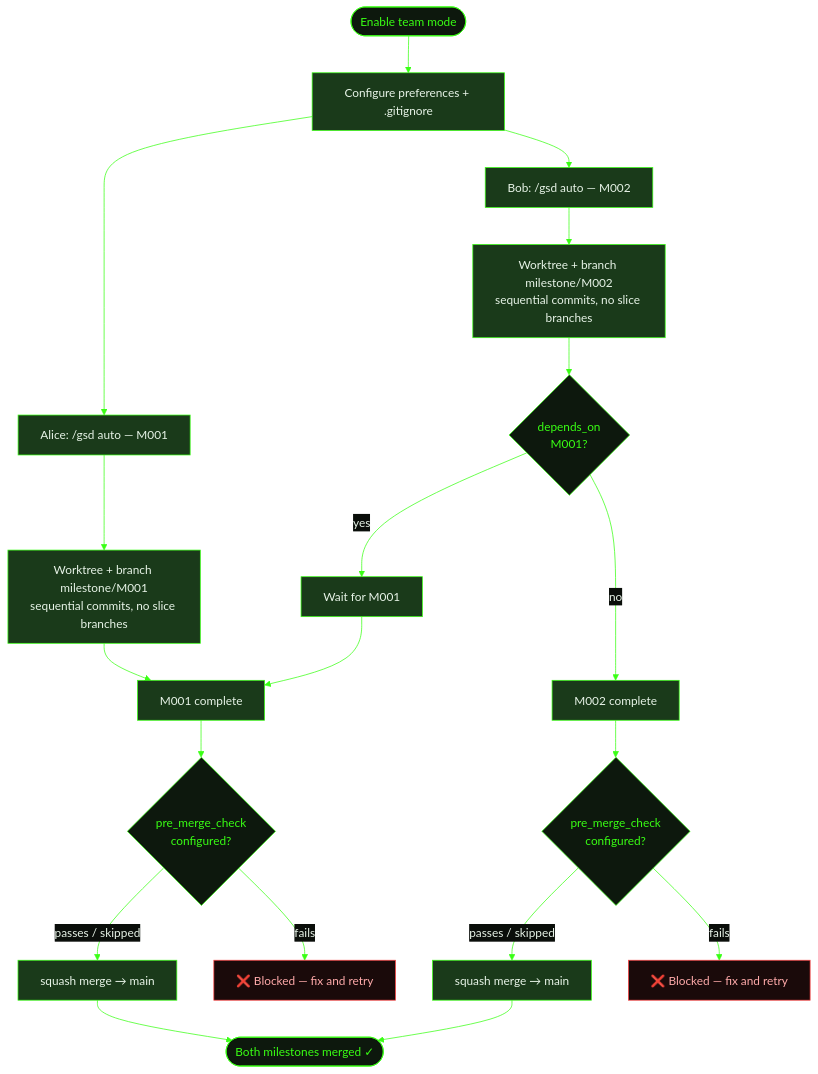
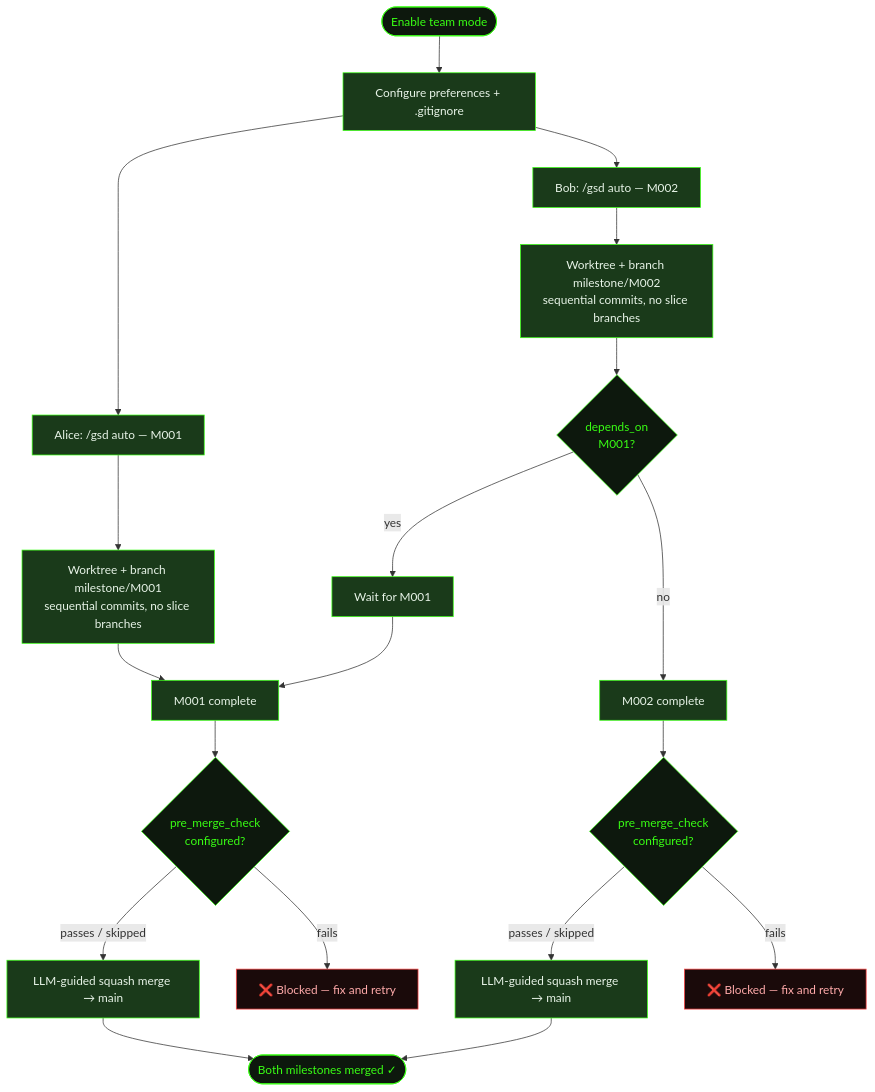
One commit to shusha-group/gsd2-guide changed the diagram in src/content/docs/recipes/working-in-teams.mdx. Above: the diagram before and after it, drawn with Mermaid. The commit also changed other lines of this file and 63 other files, not shown here.

````diff
--- a/src/content/docs/recipes/working-in-teams.mdx
+++ b/src/content/docs/recipes/working-in-teams.mdx
@@ -295,40 +302,39 @@
 ```mermaid
-%%{init: {'theme': 'base', 'themeVariables': {'primaryColor': '#1a3a1a', 'primaryTextColor': '#e8f4e8', 'primaryBorderColor': '#39ff14', 'lineColor': '#39ff14', 'secondaryColor': '#0d180d', 'tertiaryColor': '#0d180d', 'background': '#0a0e0a', 'mainBkg': '#1a3a1a', 'nodeBorder': '#39ff14', 'clusterBkg': '#0d180d', 'titleColor': '#39ff14', 'edgeLabelBackground': '#0a0e0a'}}}%%
 flowchart TD
     Start([Enable team mode]) --> Setup["Configure preferences + .gitignore"]
     Setup --> DevA["Alice: /gsd auto — M001"]
     Setup --> DevB["Bob: /gsd auto — M002"]
     DevA --> WorkA["Worktree + branch milestone/M001\nsequential commits, no slice branches"]
     DevB --> WorkB["Worktree + branch milestone/M002\nsequential commits, no slice branches"]
     WorkA --> CompleteA[M001 complete]
     WorkB --> DepCheck{depends_on\nM001?}
     DepCheck -->|yes| WaitA[Wait for M001]
     WaitA --> CompleteA
     DepCheck -->|no| CompleteB[M002 complete]
     CompleteA --> CheckA{pre_merge_check\nconfigured?}
     CompleteB --> CheckB{pre_merge_check\nconfigured?}
-    CheckA -->|passes / skipped| MergeA["squash merge → main"]
+    CheckA -->|passes / skipped| MergeA["LLM-guided squash merge → main"]
     CheckA -->|fails| BlockA["❌ Blocked — fix and retry"]
-    CheckB -->|passes / skipped| MergeB["squash merge → main"]
+    CheckB -->|passes / skipped| MergeB["LLM-guided squash merge → main"]
     CheckB -->|fails| BlockB["❌ Blocked — fix and retry"]
     MergeA --> Done([Both milestones merged ✓])
     MergeB --> Done
 
     style Start fill:#0d180d,stroke:#39ff14,color:#39ff14
     style Setup fill:#1a3a1a,stroke:#39ff14,color:#e8f4e8
     style DevA fill:#1a3a1a,stroke:#39ff14,color:#e8f4e8
     style DevB fill:#1a3a1a,stroke:#39ff14,color:#e8f4e8
     style WorkA fill:#1a3a1a,stroke:#39ff14,color:#e8f4e8
     style WorkB fill:#1a3a1a,stroke:#39ff14,color:#e8f4e8
     style CompleteA fill:#1a3a1a,stroke:#39ff14,color:#e8f4e8
     style CompleteB fill:#1a3a1a,stroke:#39ff14,color:#e8f4e8
     style DepCheck fill:#0d180d,stroke:#39ff14,color:#39ff14
     style WaitA fill:#1a3a1a,stroke:#39ff14,color:#e8f4e8
     style CheckA fill:#0d180d,stroke:#39ff14,color:#39ff14
     style CheckB fill:#0d180d,stroke:#39ff14,color:#39ff14
     style MergeA fill:#1a3a1a,stroke:#39ff14,color:#e8f4e8
     style MergeB fill:#1a3a1a,stroke:#39ff14,color:#e8f4e8
     style BlockA fill:#1a0a0a,stroke:#ff4444,color:#ffaaaa
     style BlockB fill:#1a0a0a,stroke:#ff4444,color:#ffaaaa
     style Done fill:#0d180d,stroke:#39ff14,color:#39ff14
 ```
````
